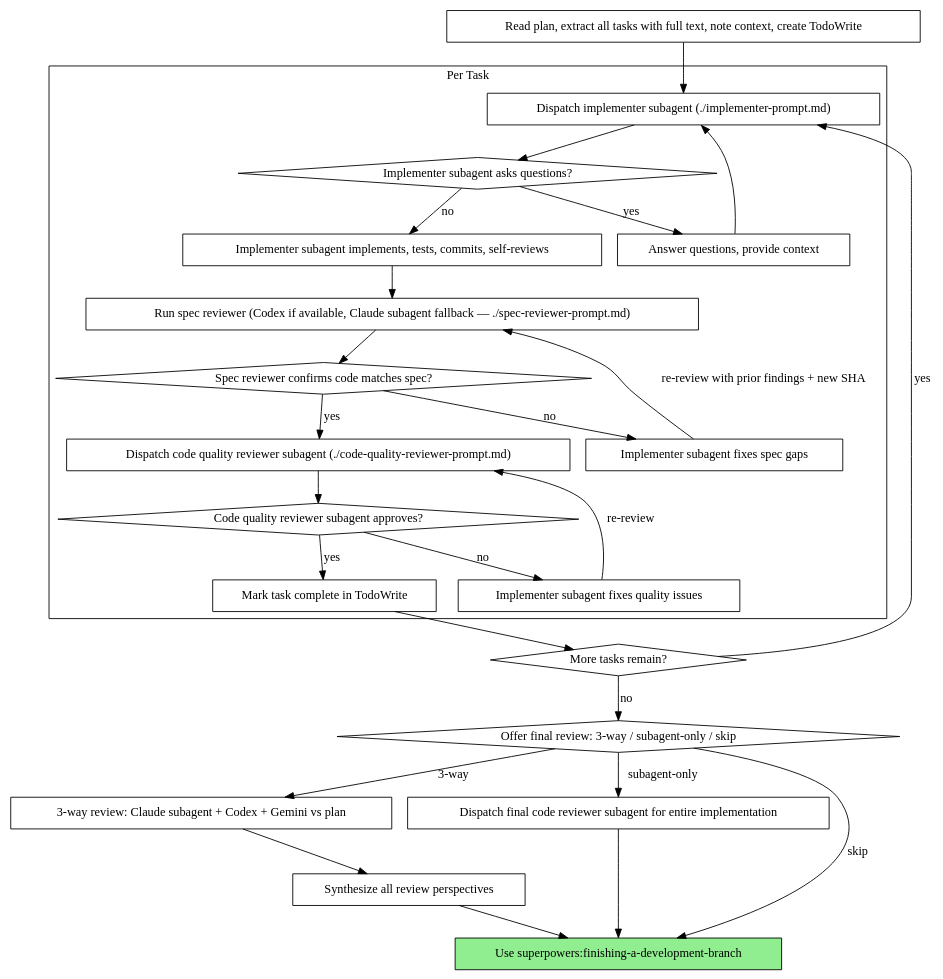
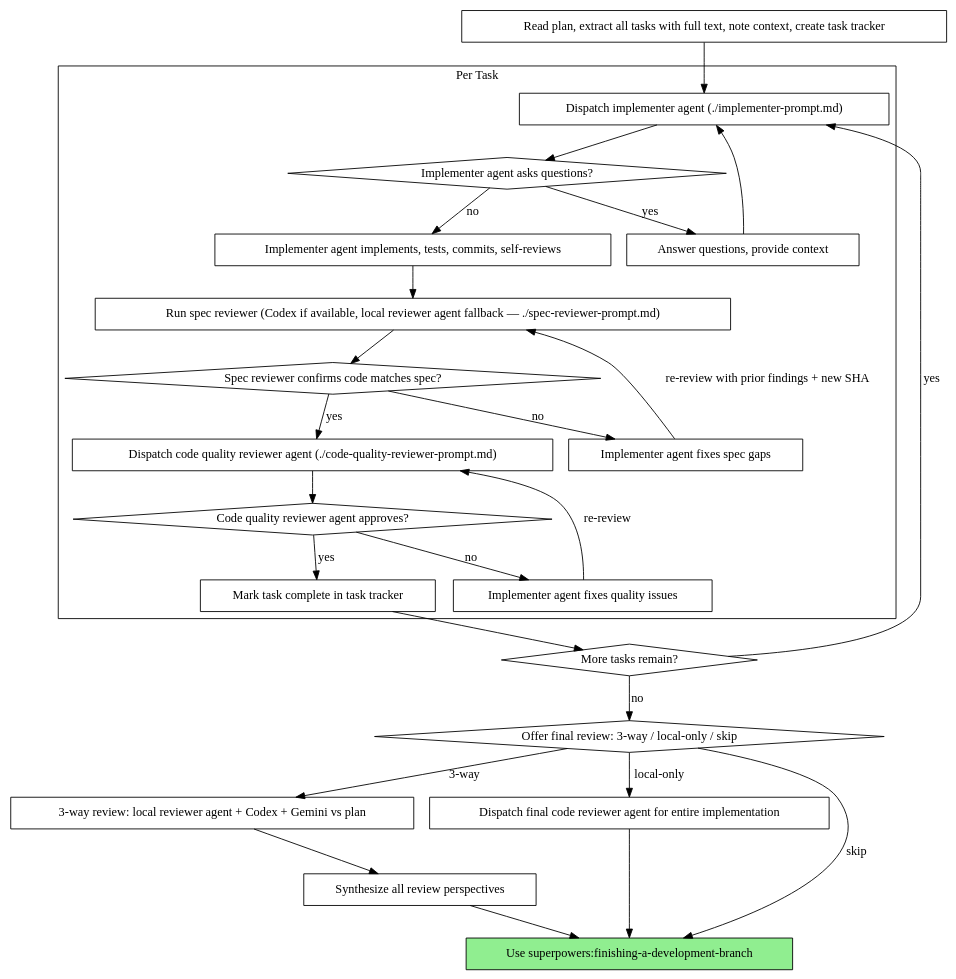
The second of 2 diagrams in skills/subagent-driven-development/SKILL.md (DejaVu-Cyber/superpowers-consulted), drawn with Graphviz before and after one commit. The commit also changed other lines of this file and 17 other files, not shown here.

````diff
--- a/skills/subagent-driven-development/SKILL.md
+++ b/skills/subagent-driven-development/SKILL.md
@@ -42,52 +42,52 @@
 ```dot
 digraph process {
     rankdir=TB;
 
     subgraph cluster_per_task {
         label="Per Task";
-        "Dispatch implementer subagent (./implementer-prompt.md)" [shape=box];
-        "Implementer subagent asks questions?" [shape=diamond];
+        "Dispatch implementer agent (./implementer-prompt.md)" [shape=box];
+        "Implementer agent asks questions?" [shape=diamond];
         "Answer questions, provide context" [shape=box];
-        "Implementer subagent implements, tests, commits, self-reviews" [shape=box];
-        "Run spec reviewer (Codex if available, Claude subagent fallback — ./spec-reviewer-prompt.md)" [shape=box];
+        "Implementer agent implements, tests, commits, self-reviews" [shape=box];
+        "Run spec reviewer (Codex if available, local reviewer agent fallback — ./spec-reviewer-prompt.md)" [shape=box];
         "Spec reviewer confirms code matches spec?" [shape=diamond];
-        "Implementer subagent fixes spec gaps" [shape=box];
-        "Dispatch code quality reviewer subagent (./code-quality-reviewer-prompt.md)" [shape=box];
-        "Code quality reviewer subagent approves?" [shape=diamond];
-        "Implementer subagent fixes quality issues" [shape=box];
-        "Mark task complete in TodoWrite" [shape=box];
+        "Implementer agent fixes spec gaps" [shape=box];
+        "Dispatch code quality reviewer agent (./code-quality-reviewer-prompt.md)" [shape=box];
+        "Code quality reviewer agent approves?" [shape=diamond];
+        "Implementer agent fixes quality issues" [shape=box];
+        "Mark task complete in task tracker" [shape=box];
     }
 
-    "Read plan, extract all tasks with full text, note context, create TodoWrite" [shape=box];
+    "Read plan, extract all tasks with full text, note context, create task tracker" [shape=box];
     "More tasks remain?" [shape=diamond];
-    "Offer final review: 3-way / subagent-only / skip" [shape=diamond];
-    "3-way review: Claude subagent + Codex + Gemini vs plan" [shape=box];
-    "Dispatch final code reviewer subagent for entire implementation" [shape=box];
+    "Offer final review: 3-way / local-only / skip" [shape=diamond];
+    "3-way review: local reviewer agent + Codex + Gemini vs plan" [shape=box];
+    "Dispatch final code reviewer agent for entire implementation" [shape=box];
     "Synthesize all review perspectives" [shape=box];
     "Use superpowers:finishing-a-development-branch" [shape=box style=filled fillcolor=lightgreen];
 
-    "Read plan, extract all tasks with full text, note context, create TodoWrite" -> "Dispatch implementer subagent (./implementer-prompt.md)";
-    "Dispatch implementer subagent (./implementer-prompt.md)" -> "Implementer subagent asks questions?";
-    "Implementer subagent asks questions?" -> "Answer questions, provide context" [label="yes"];
-    "Answer questions, provide context" -> "Dispatch implementer subagent (./implementer-prompt.md)";
-    "Implementer subagent asks questions?" -> "Implementer subagent implements, tests, commits, self-reviews" [label="no"];
-    "Implementer subagent implements, tests, commits, self-reviews" -> "Run spec reviewer (Codex if available, Claude subagent fallback — ./spec-reviewer-prompt.md)";
-    "Run spec reviewer (Codex if available, Claude subagent fallback — ./spec-reviewer-prompt.md)" -> "Spec reviewer confirms code matches spec?";
-    "Spec reviewer confirms code matches spec?" -> "Implementer subagent fixes spec gaps" [label="no"];
-    "Implementer subagent fixes spec gaps" -> "Run spec reviewer (Codex if available, Claude subagent fallback — ./spec-reviewer-prompt.md)" [label="re-review with prior findings + new SHA"];
-    "Spec reviewer confirms code matches spec?" -> "Dispatch code quality reviewer subagent (./code-quality-reviewer-prompt.md)" [label="yes"];
-    "Dispatch code quality reviewer subagent (./code-quality-reviewer-prompt.md)" -> "Code quality reviewer subagent approves?";
-    "Code quality reviewer subagent approves?" -> "Implementer subagent fixes quality issues" [label="no"];
-    "Implementer subagent fixes quality issues" -> "Dispatch code quality reviewer subagent (./code-quality-reviewer-prompt.md)" [label="re-review"];
-    "Code quality reviewer subagent approves?" -> "Mark task complete in TodoWrite" [label="yes"];
-    "Mark task complete in TodoWrite" -> "More tasks remain?";
-    "More tasks remain?" -> "Dispatch implementer subagent (./implementer-prompt.md)" [label="yes"];
-    "More tasks remain?" -> "Offer final review: 3-way / subagent-only / skip" [label="no"];
-    "Offer final review: 3-way / subagent-only / skip" -> "3-way review: Claude subagent + Codex + Gemini vs plan" [label="3-way"];
-    "Offer final review: 3-way / subagent-only / skip" -> "Dispatch final code reviewer subagent for entire implementation" [label="subagent-only"];
-    "Offer final review: 3-way / subagent-only / skip" -> "Use superpowers:finishing-a-development-branch" [label="skip"];
-    "3-way review: Claude subagent + Codex + Gemini vs plan" -> "Synthesize all review perspectives";
-    "Dispatch final code reviewer subagent for entire implementation" -> "Use superpowers:finishing-a-development-branch";
+    "Read plan, extract all tasks with full text, note context, create task tracker" -> "Dispatch implementer agent (./implementer-prompt.md)";
+    "Dispatch implementer agent (./implementer-prompt.md)" -> "Implementer agent asks questions?";
+    "Implementer agent asks questions?" -> "Answer questions, provide context" [label="yes"];
+    "Answer questions, provide context" -> "Dispatch implementer agent (./implementer-prompt.md)";
+    "Implementer agent asks questions?" -> "Implementer agent implements, tests, commits, self-reviews" [label="no"];
+    "Implementer agent implements, tests, commits, self-reviews" -> "Run spec reviewer (Codex if available, local reviewer agent fallback — ./spec-reviewer-prompt.md)";
+    "Run spec reviewer (Codex if available, local reviewer agent fallback — ./spec-reviewer-prompt.md)" -> "Spec reviewer confirms code matches spec?";
+    "Spec reviewer confirms code matches spec?" -> "Implementer agent fixes spec gaps" [label="no"];
+    "Implementer agent fixes spec gaps" -> "Run spec reviewer (Codex if available, local reviewer agent fallback — ./spec-reviewer-prompt.md)" [label="re-review with prior findings + new SHA"];
+    "Spec reviewer confirms code matches spec?" -> "Dispatch code quality reviewer agent (./code-quality-reviewer-prompt.md)" [label="yes"];
+    "Dispatch code quality reviewer agent (./code-quality-reviewer-prompt.md)" -> "Code quality reviewer agent approves?";
+    "Code quality reviewer agent approves?" -> "Implementer agent fixes quality issues" [label="no"];
+    "Implementer agent fixes quality issues" -> "Dispatch code quality reviewer agent (./code-quality-reviewer-prompt.md)" [label="re-review"];
+    "Code quality reviewer agent approves?" -> "Mark task complete in task tracker" [label="yes"];
+    "Mark task complete in task tracker" -> "More tasks remain?";
+    "More tasks remain?" -> "Dispatch implementer agent (./implementer-prompt.md)" [label="yes"];
+    "More tasks remain?" -> "Offer final review: 3-way / local-only / skip" [label="no"];
+    "Offer final review: 3-way / local-only / skip" -> "3-way review: local reviewer agent + Codex + Gemini vs plan" [label="3-way"];
+    "Offer final review: 3-way / local-only / skip" -> "Dispatch final code reviewer agent for entire implementation" [label="local-only"];
+    "Offer final review: 3-way / local-only / skip" -> "Use superpowers:finishing-a-development-branch" [label="skip"];
+    "3-way review: local reviewer agent + Codex + Gemini vs plan" -> "Synthesize all review perspectives";
+    "Dispatch final code reviewer agent for entire implementation" -> "Use superpowers:finishing-a-development-branch";
     "Synthesize all review perspectives" -> "Use superpowers:finishing-a-development-branch";
 }
 ```
````
